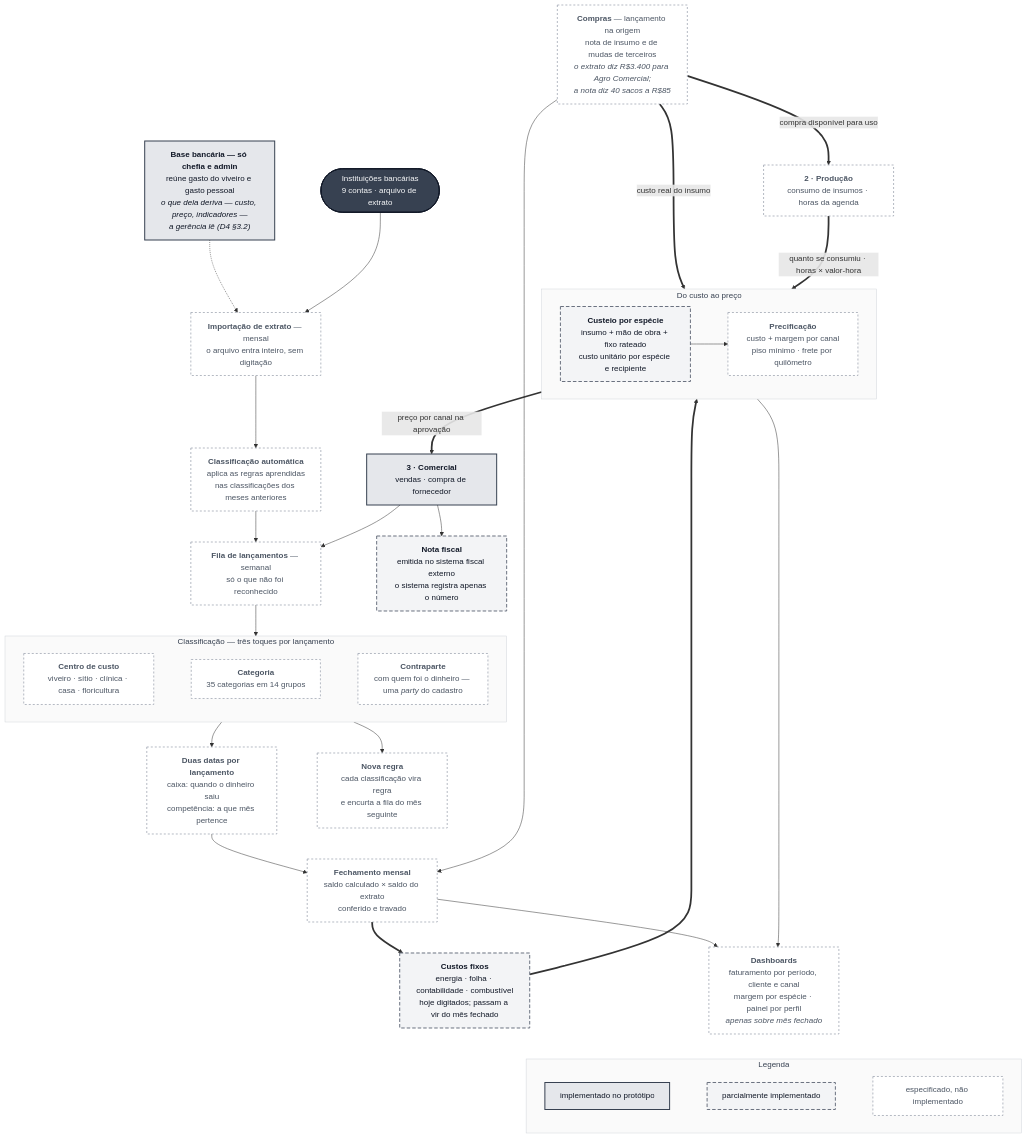
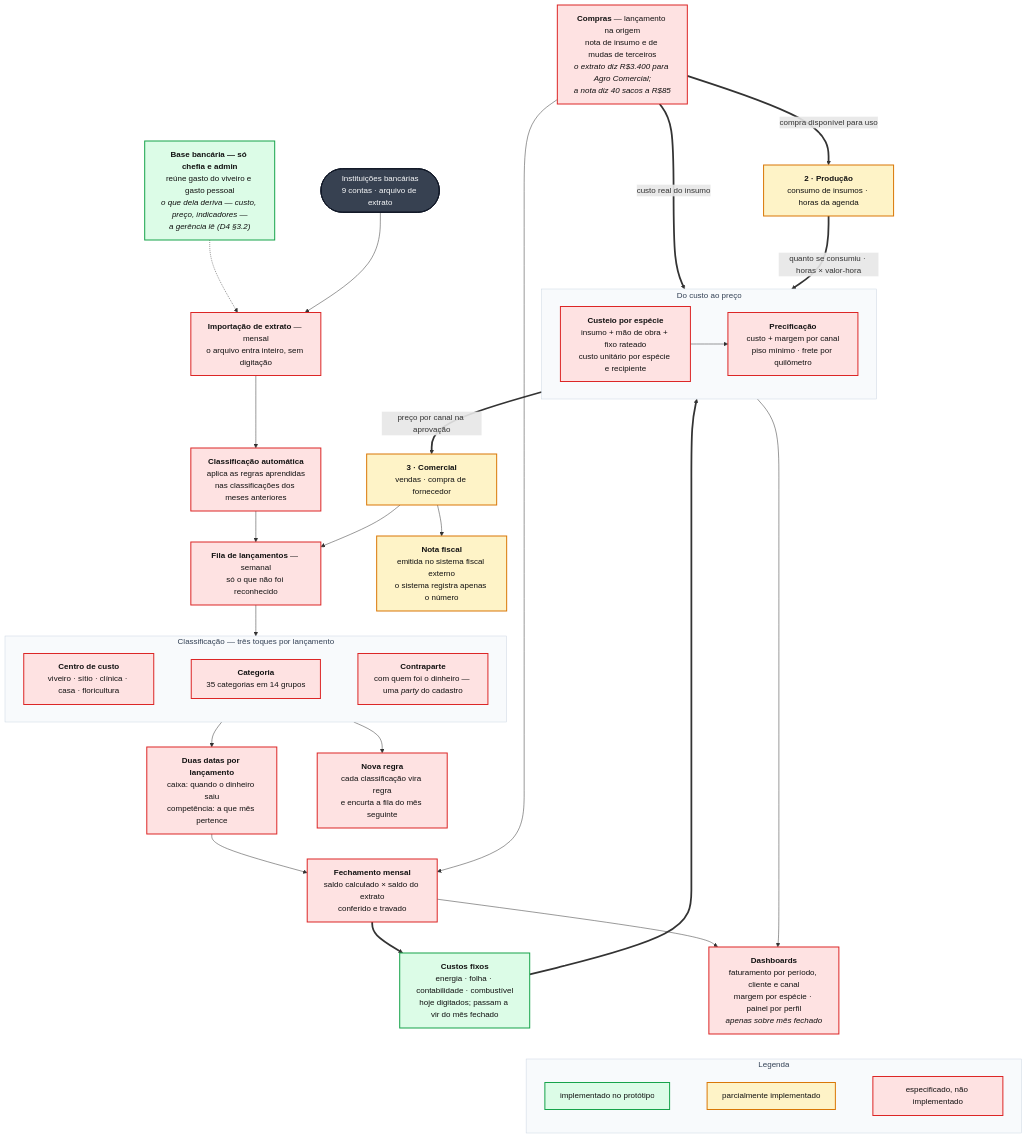
One commit to JoaoMudar/mudar changed the diagram in docs/rotinas/img/mapa-4-financeiro.mmd. Above: the diagram before and after it, drawn with Mermaid. The commit also changed other lines of this file and 19 other files, not shown here.

First line of the commit message:
@ docs(rotinas): cor no .mmd, cinza no .png, e um status so

```diff
--- a/docs/rotinas/img/mapa-4-financeiro.mmd
+++ b/docs/rotinas/img/mapa-4-financeiro.mmd
@@ -1,83 +1,89 @@
 %% Modulo 4 de 4. Ganhou o que antes estava espalhado: COMPRAS (a compra do
 %% insumo nasce aqui e fica disponivel para a Producao usar), CUSTOS FIXOS
 %% (vieram de /admin), CUSTEIO e PRECIFICACAO — que sao dinheiro, nao campo.
 %% Indicadores deixou de ser modulo proprio: viraram os dashboards daqui.
 %% A restricao de acesso e do RECURSO, nao da porta do modulo: fica restrito o
 %% que expoe a base bancaria; o que dela deriva (custo, preco, indicadores) a
 %% gerencia le, e sempre leu. Regra em D4 §3.2 — nao dizer "modulo restrito a
 %% chefia" aqui, que foi o que este no dizia antes de 19/08/2026.
 flowchart TB
   BAN(["Instituições bancárias<br/>9 contas · arquivo de extrato"])
   ACE["<b>Base bancária &mdash; só chefia e admin</b><br/>reúne gasto do viveiro e gasto pessoal<br/><i>o que dela deriva — custo, preço, indicadores —<br/>a gerência lê (D4 §3.2)</i>"]
 
   IMP["<b>Importação de extrato</b> &mdash; mensal<br/>o arquivo entra inteiro, sem digitação"]
   AUT["<b>Classificação automática</b><br/>aplica as regras aprendidas<br/>nas classificações dos meses anteriores"]
   FIL["<b>Fila de lançamentos</b> &mdash; semanal<br/>só o que não foi reconhecido"]
 
   subgraph CLA["Classificação &mdash; três toques por lançamento"]
     direction LR
     C1["<b>Centro de custo</b><br/>viveiro · sítio · clínica · casa · floricultura"]
     C2["<b>Categoria</b><br/>35 categorias em 14 grupos"]
     C3["<b>Contraparte</b><br/>com quem foi o dinheiro &mdash; uma <i>party</i> do cadastro"]
     C1 ~~~ C2 ~~~ C3
   end
 
   DAT["<b>Duas datas por lançamento</b><br/>caixa: quando o dinheiro saiu<br/>competência: a que mês pertence"]
   REG["<b>Nova regra</b><br/>cada classificação vira regra<br/>e encurta a fila do mês seguinte"]
 
   FEC["<b>Fechamento mensal</b><br/>saldo calculado &times; saldo do extrato<br/>conferido e travado"]
 
   CPR["<b>Compras</b> &mdash; lançamento na origem<br/>nota de insumo e de mudas de terceiros<br/><i>o extrato diz R$3.400 para Agro Comercial;<br/>a nota diz 40 sacos a R$85</i>"]
   CFX["<b>Custos fixos</b><br/>energia · folha · contabilidade · combustível<br/>hoje digitados; passam a vir do mês fechado"]
 
   subgraph PRECO["Do custo ao preço"]
     direction LR
     CUS["<b>Custeio por espécie</b><br/>insumo + mão de obra + fixo rateado<br/>custo unitário por espécie e recipiente"]
     PRE["<b>Precificação</b><br/>custo + margem por canal<br/>piso mínimo · frete por quilômetro"]
     CUS --> PRE
   end
 
   DSH["<b>Dashboards</b><br/>faturamento por período, cliente e canal<br/>margem por espécie · painel por perfil<br/><i>apenas sobre mês fechado</i>"]
 
   NF["<b>Nota fiscal</b><br/>emitida no sistema fiscal externo<br/>o sistema registra apenas o número"]
   PRO["<b>2 · Produção</b><br/>consumo de insumos · horas da agenda"]
   COM["<b>3 · Comercial</b><br/>vendas · compra de fornecedor"]
 
   ACE -.-> IMP
   BAN --> IMP --> AUT --> FIL --> C1
   C3 --> DAT
   C3 --> REG
   DAT --> FEC
 
   CPR --> FEC
   FEC ==> CFX
   CFX ==> CUS
   CPR ==>|"custo real do insumo"| CUS
   PRO ==>|"quanto se consumiu · horas &times; valor-hora"| CUS
   CPR ==>|"compra disponível para uso"| PRO
   PRE ==>|"preço por canal na aprovação"| COM
   COM --> FIL
   COM --> NF
   FEC --> DSH
   PRE --> DSH
 
   subgraph LEG["Legenda"]
     direction LR
     L1["implementado no protótipo"]
     L2["parcialmente implementado"]
     L3["especificado, não implementado"]
     L1 ~~~ L2 ~~~ L3
   end
   DSH ~~~ LEG
 
-  classDef feito fill:#e5e7eb,stroke:#374151,stroke-width:2px,color:#111827
-  classDef parcial fill:#f3f4f6,stroke:#6b7280,stroke-width:2px,color:#111827,stroke-dasharray:7 4
-  classDef futuro fill:#ffffff,stroke:#9ca3af,stroke-width:1.5px,color:#4b5563,stroke-dasharray:4 4
+  %% Paleta de STATUS — a fonte e colorida de proposito; o PNG sai em cinza.
+  %% Quem troca a cor pelo cinza e `npm run docs:mapas` (scripts/render-mapas.mjs).
+  %% Criterio: ok = toda etapa do modulo tem tela · meio = parte tem · falta = nenhuma tem.
+  classDef ok fill:#dcfce7,stroke:#16a34a,stroke-width:2px,color:#111
+  classDef meio fill:#fef3c7,stroke:#d97706,stroke-width:2px,color:#111
+  classDef falta fill:#fee2e2,stroke:#dc2626,stroke-width:2px,color:#111
+  classDef grupo fill:#f8fafc,stroke:#cbd5e1,stroke-width:1px,color:#334155
   classDef ator fill:#374151,stroke:#111827,stroke-width:2px,color:#f9fafb
-  classDef grupo fill:#fafafa,stroke:#d1d5db,stroke-width:1px,color:#374151
+  classDef decisao fill:#e2e8f0,stroke:#475569,stroke-width:2px,color:#111
 
-  class ACE,COM,L1 feito
-  class CFX,CUS,NF,L2 parcial
-  class IMP,AUT,FIL,C1,C2,C3,DAT,REG,FEC,CPR,PRE,DSH,PRO,L3 futuro
+  %% Uma das nove etapas tem tela (custos fixos). A regra de acesso, sim,
+  %% ja esta implementada — e por isso que ACE nao e "falta".
+  class ACE,CFX,L1 ok
+  class COM,PRO,NF,L2 meio
+  class IMP,AUT,FIL,C1,C2,C3,DAT,REG,FEC,CPR,CUS,PRE,DSH,L3 falta
   class BAN ator
   class CLA,PRECO,LEG grupo
```
